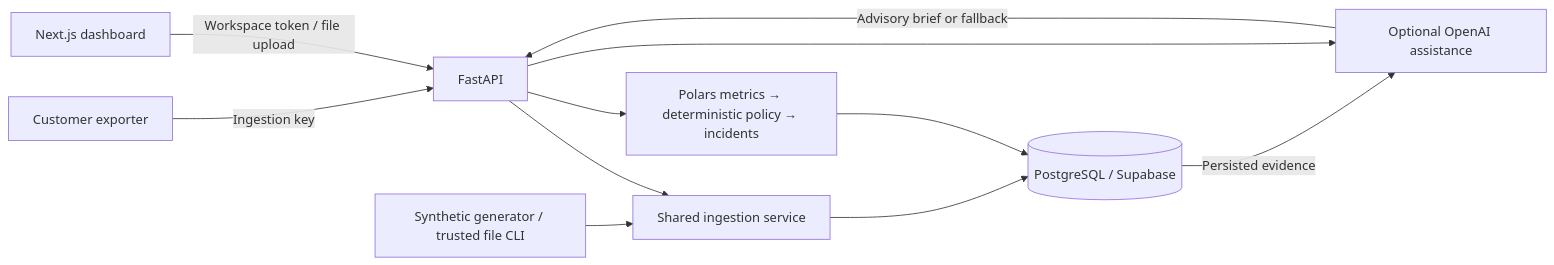
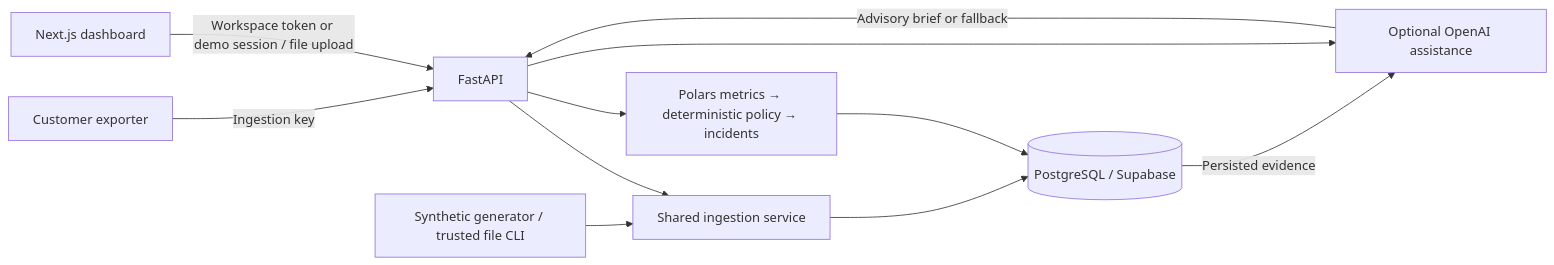
The diagram in README.md (anudeep0701/brightline-hr), drawn with Mermaid before and after one commit. The commit also changed other lines of this file and 13 other files, not shown here.

````diff
--- a/README.md
+++ b/README.md
@@ -29,13 +29,13 @@
 ```mermaid
 flowchart LR
     Logs[Customer exporter] -->|Ingestion key| API[FastAPI]
-    UI[Next.js dashboard] -->|Workspace token / file upload| API
+    UI[Next.js dashboard] -->|Workspace token or demo session / file upload| API
     Seed[Synthetic generator / trusted file CLI] --> Ingest[Shared ingestion service]
     API --> Ingest
     Ingest --> DB[(PostgreSQL / Supabase)]
     API --> Health[Polars metrics → deterministic policy → incidents]
     Health --> DB
     API --> AI[Optional OpenAI assistance]
     DB -->|Persisted evidence| AI
     AI -->|Advisory brief or fallback| API
 ```
````
